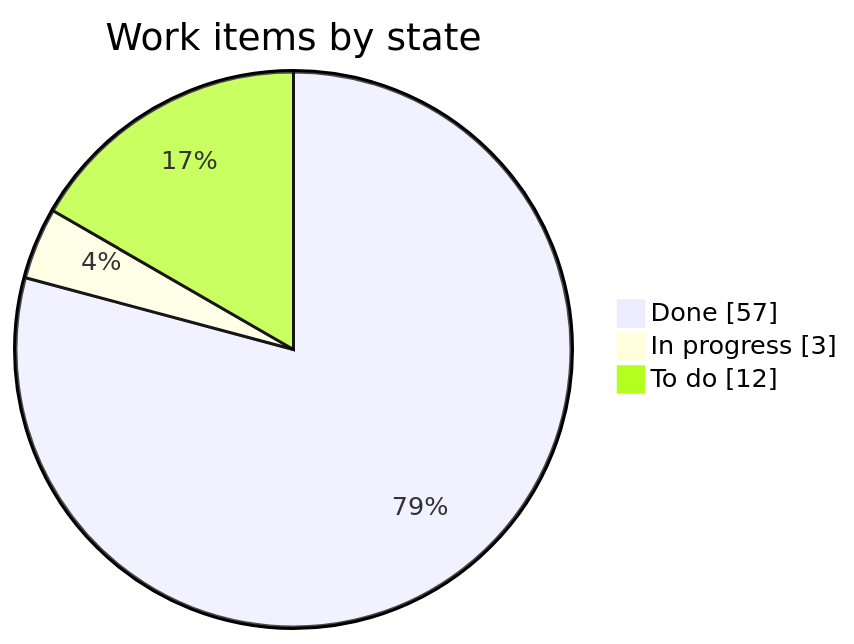
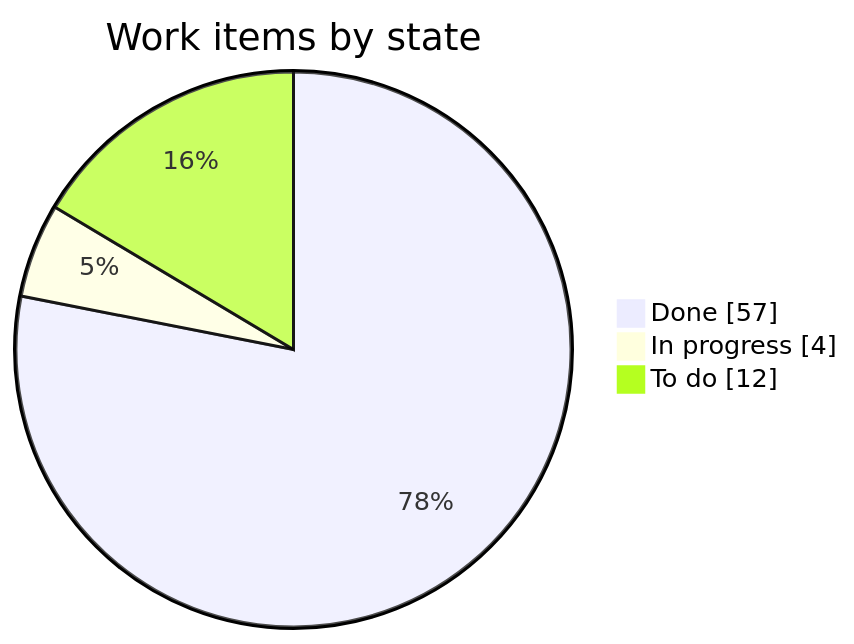
One commit to LoMagnette/ghost-light changed the first of 2 diagrams in STATUS.md. Above: the diagram before and after it, drawn with Mermaid. The commit also changed other lines of this file and 1 other file, not shown here.

Commit message:
docs: the end card names what ended the run

````diff
--- a/STATUS.md
+++ b/STATUS.md
@@ -36,7 +36,7 @@
 ```mermaid
 pie showData
     title Work items by state
     "Done" : 57
-    "In progress" : 3
+    "In progress" : 4
     "To do" : 12
 ```
````
